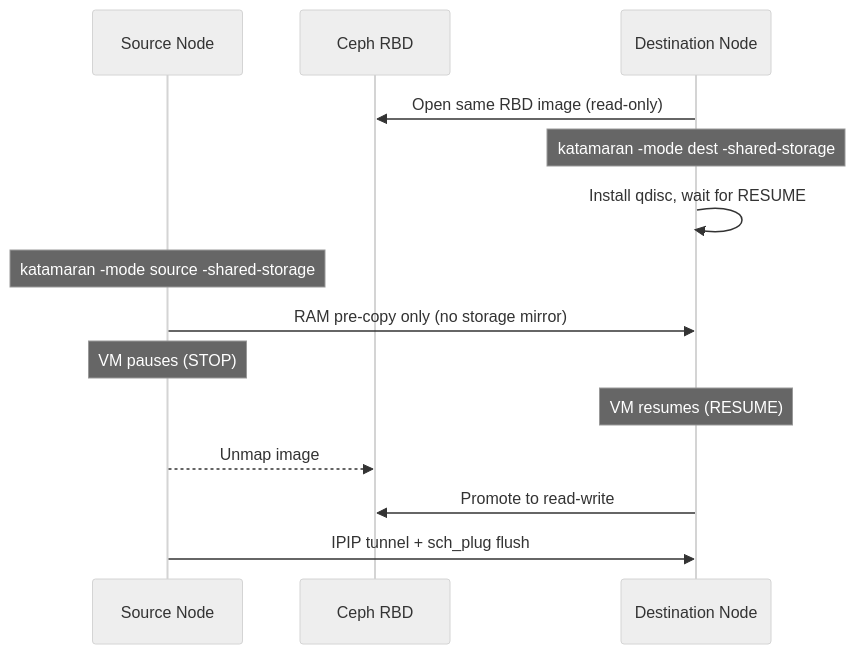
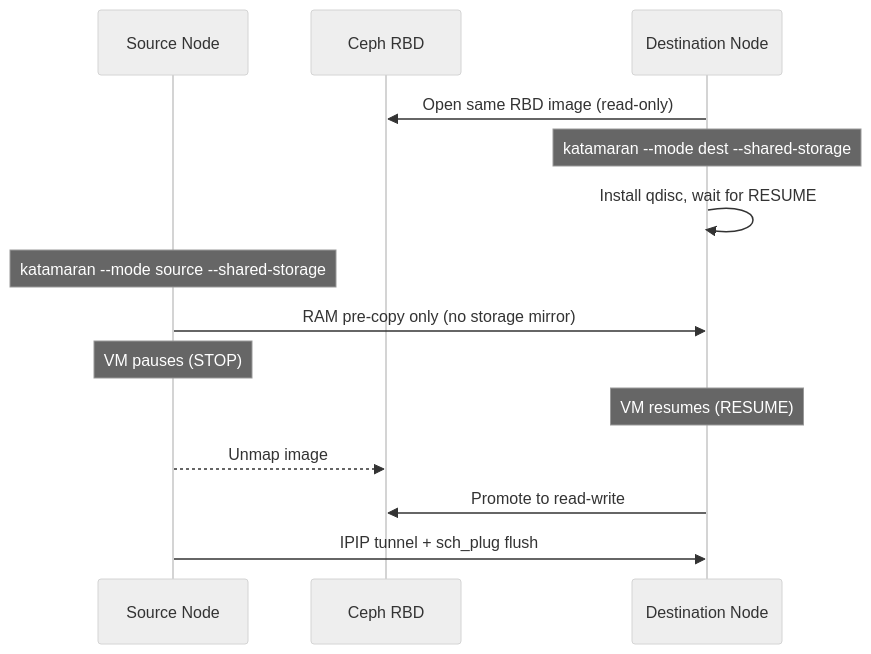
Before and after one commit to maci0/katamaran: the third of 5 diagrams in README.md, drawn with Mermaid (neutral theme). The commit also changed other lines of this file and 16 other files, not shown here.

````diff
--- a/README.md
+++ b/README.md
@@ -398,18 +398,18 @@
 ```mermaid
 sequenceDiagram
     participant S as Source Node
     participant RBD as Ceph RBD
     participant D as Destination Node
 
     D->>RBD: Open same RBD image (read-only)
-    Note over D: katamaran -mode dest -shared-storage
+    Note over D: katamaran --mode dest --shared-storage
     D->>D: Install qdisc, wait for RESUME
 
-    Note over S: katamaran -mode source -shared-storage
+    Note over S: katamaran --mode source --shared-storage
     S->>D: RAM pre-copy only (no storage mirror)
     Note over S: VM pauses (STOP)
     Note over D: VM resumes (RESUME)
     S-->>RBD: Unmap image
     D->>RBD: Promote to read-write
     S->>D: IPIP tunnel + sch_plug flush
 ```
````
